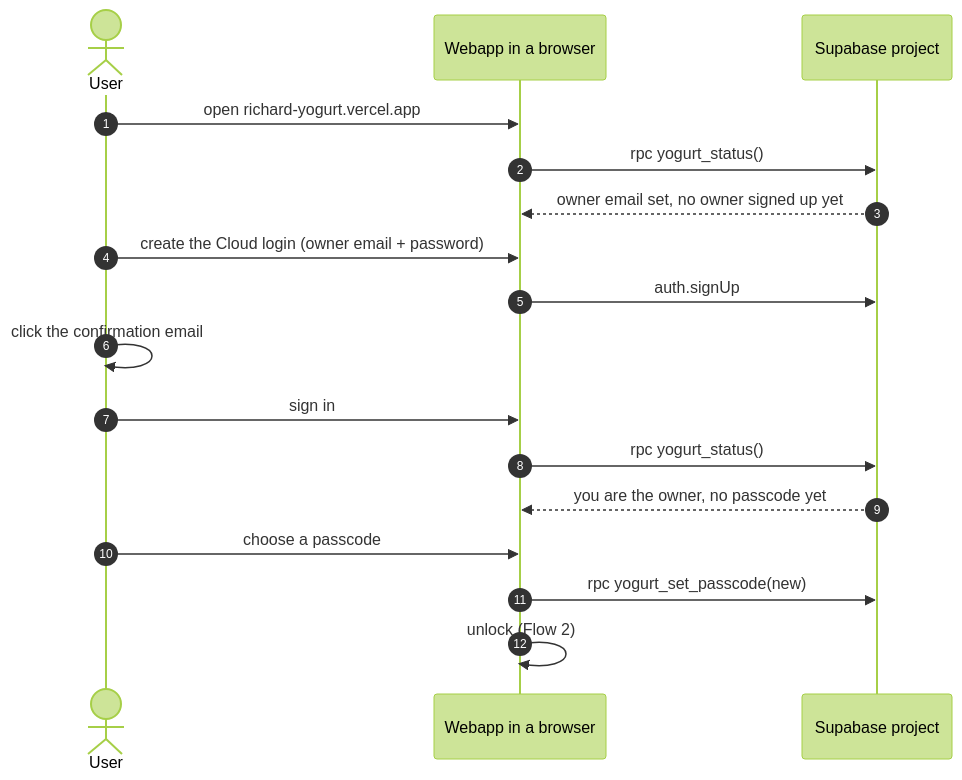
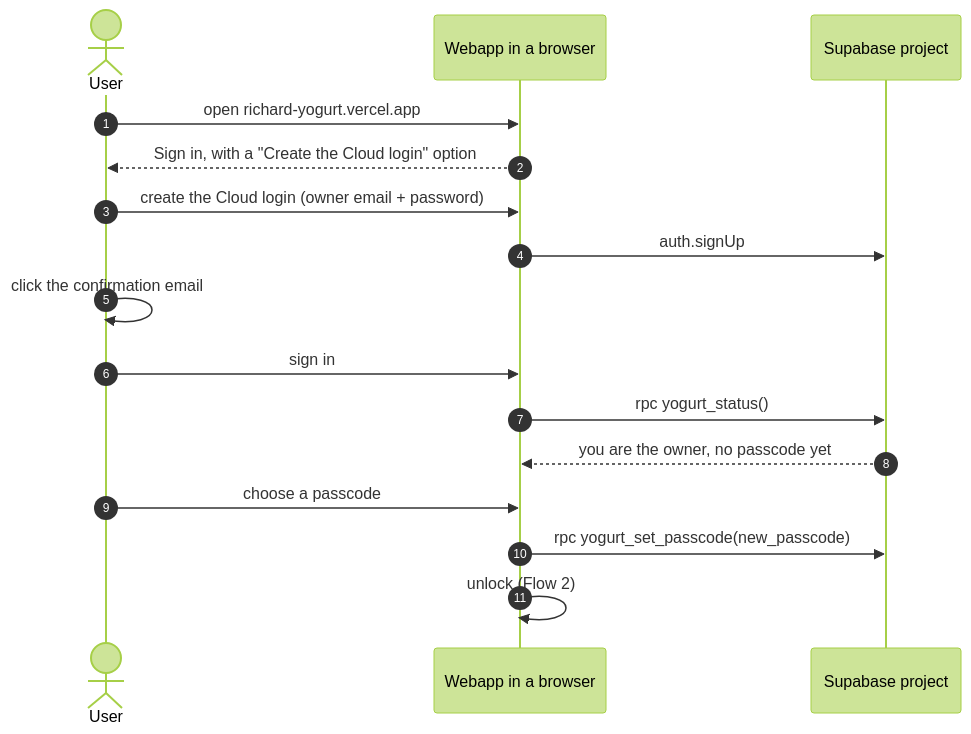
The second of 5 diagrams in docs/.planning/sync-cloud-mirror-design.md (jarvisrchen/yogurt), drawn with Mermaid (forest theme) before and after one commit. The commit also changed other lines of this file and 47 other files, not shown here.

First line of the commit message:
SYNC-2: Rework yogurt-cloud for the passcode design (#153)

````diff
--- a/docs/.planning/sync-cloud-mirror-design.md
+++ b/docs/.planning/sync-cloud-mirror-design.md
@@ -97,20 +97,19 @@
 ```mermaid
 sequenceDiagram
   autonumber
   actor U as User
   participant V as Webapp in a browser
   participant P as Supabase project
 
   U->>V: open richard-yogurt.vercel.app
-  V->>P: rpc yogurt_status()
-  P-->>V: owner email set, no owner signed up yet
+  V-->>U: Sign in, with a "Create the Cloud login" option
   U->>V: create the Cloud login (owner email + password)
   V->>P: auth.signUp
   U->>U: click the confirmation email
   U->>V: sign in
   V->>P: rpc yogurt_status()
   P-->>V: you are the owner, no passcode yet
   U->>V: choose a passcode
-  V->>P: rpc yogurt_set_passcode(new)
+  V->>P: rpc yogurt_set_passcode(new_passcode)
   V->>V: unlock (Flow 2)
 ```
````
